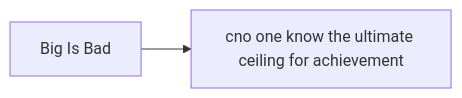
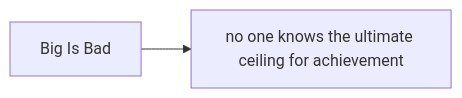
The tenth of 12 diagrams in vault/books.the-one-thing.md (criscara-dev/dendron-template), drawn with Mermaid before and after one commit. The commit also changed other lines of this file and 1 other file, not shown here.

````diff
--- a/vault/books.the-one-thing.md
+++ b/vault/books.the-one-thing.md
@@ -74,4 +74,4 @@
 ```mermaid
     flowchart LR
-    in[Big Is Bad] --> out[cno one know the ultimate ceiling for achievement] 
+    in[Big Is Bad] --> out[no one knows the ultimate ceiling for achievement] 
 ```
````
